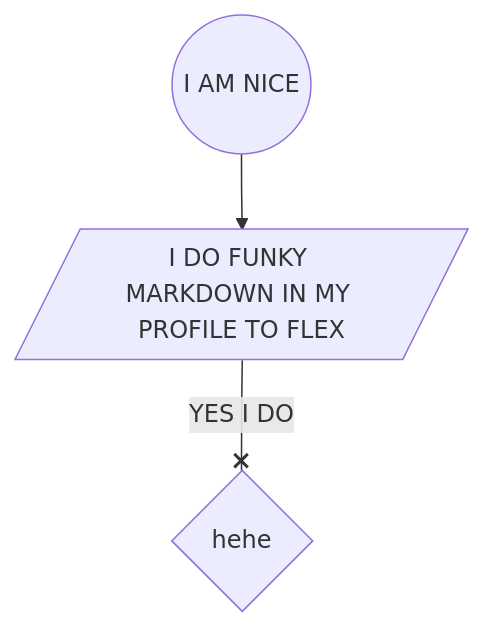
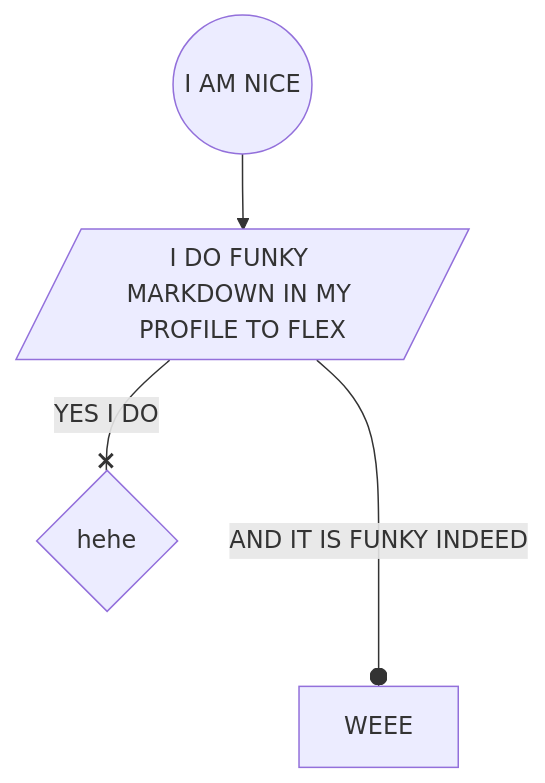
One commit to Askemanden/Askemanden changed the diagram in README.md. Above: the diagram before and after it, drawn with Mermaid.

````diff
--- a/README.md
+++ b/README.md
@@ -10,5 +10,6 @@
 ```mermaid
 flowchart TD
 a((I AM NICE))-->b[/I DO FUNKY MARKDOWN IN MY PROFILE TO FLEX/]
 b-- YES I DO --xc{hehe}
+b-- AND IT IS FUNKY INDEED ---oq[WEEE]
 ```
````
